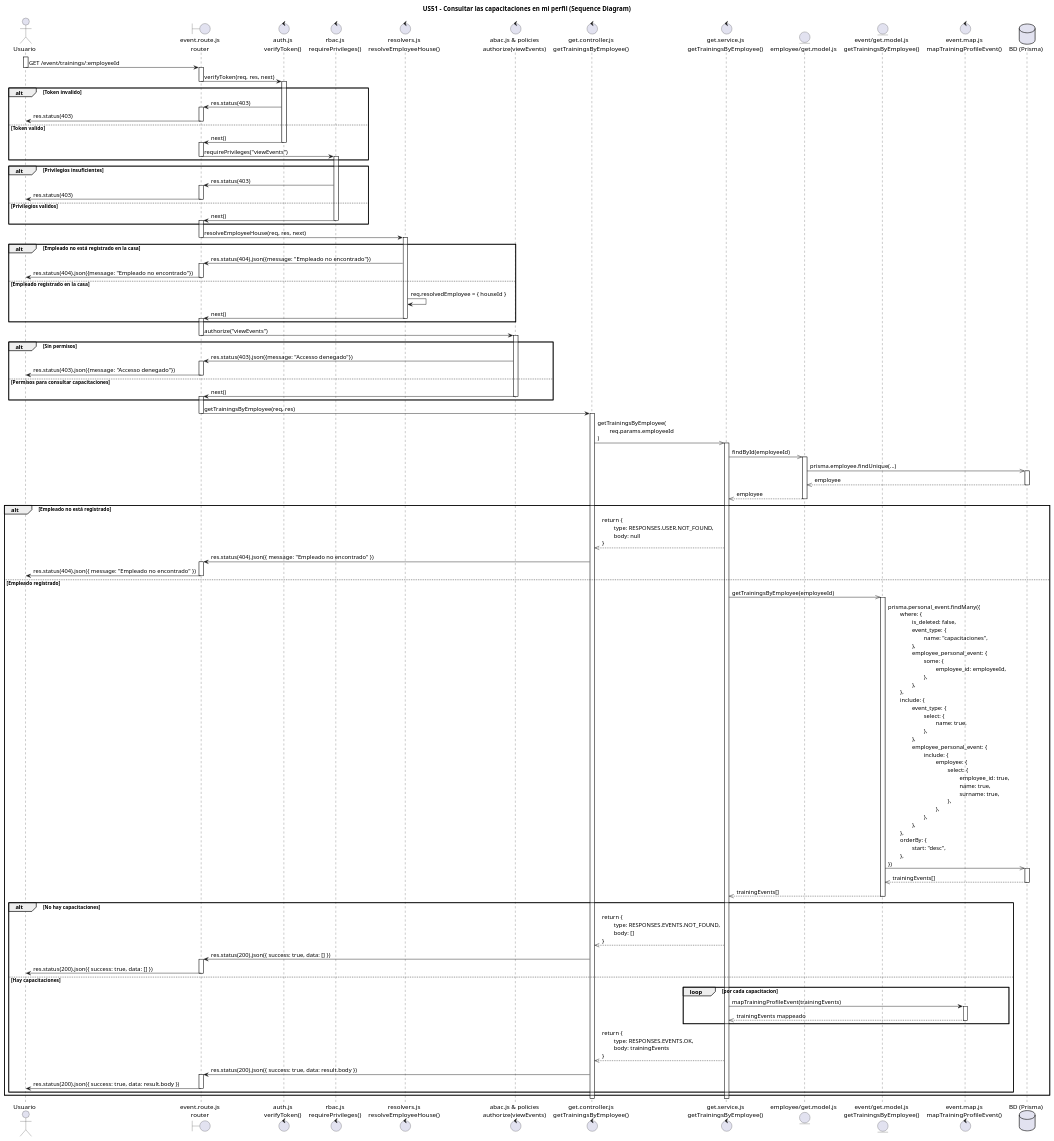
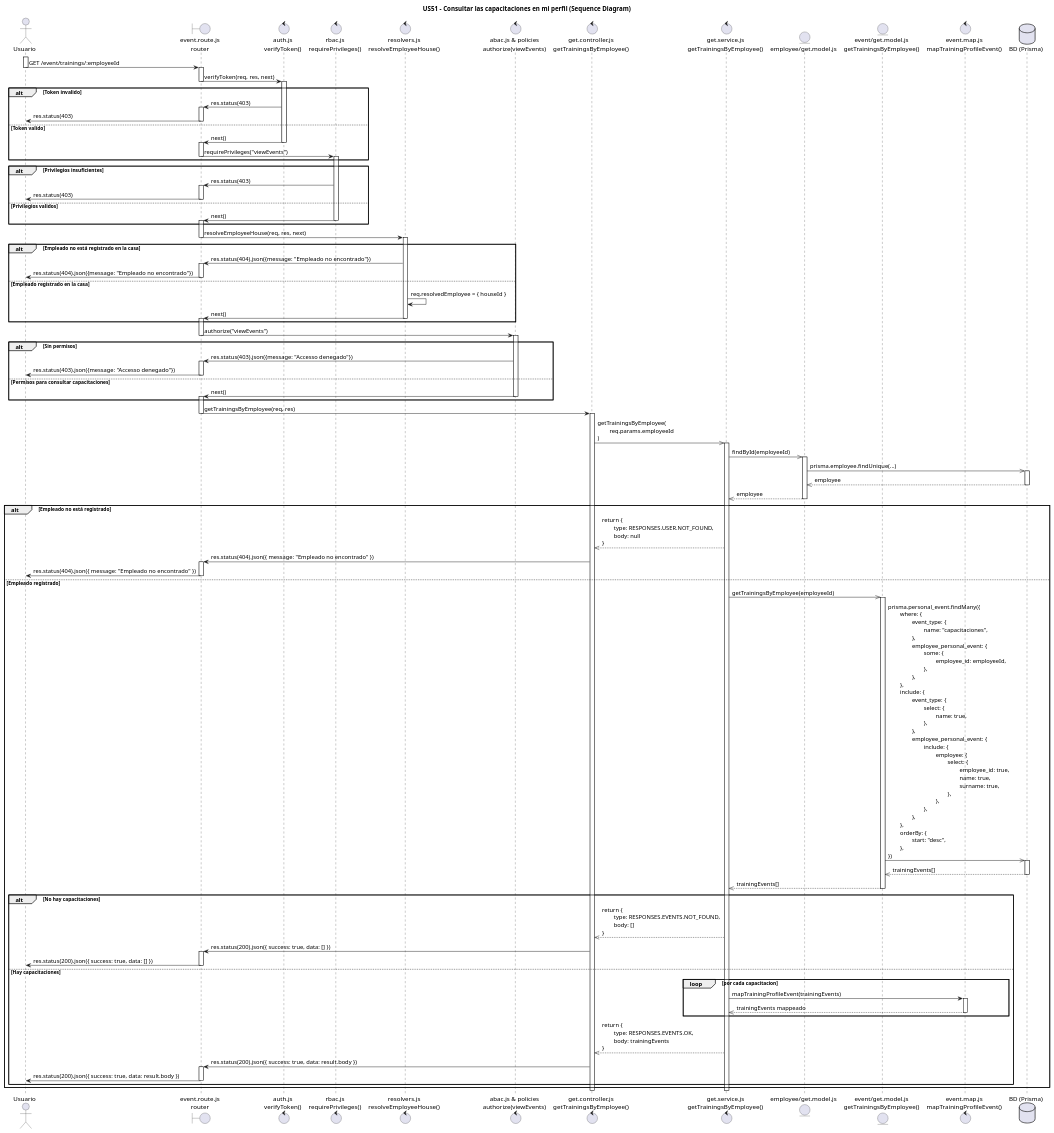
The diagram in diagrams/Sequence diagram/US51.puml (AztlanConsulting/RCHQ-Back), drawn with PlantUML before and after one commit. The commit also changed 1 other file, not shown here.

Commit message:
fix: actualiza diagramas para recuperar capacitaciones eliminadas también

```diff
--- a/diagrams/Sequence diagram/US51.puml
+++ b/diagrams/Sequence diagram/US51.puml
@@ -1,139 +1,139 @@
 @startuml
 title US51 - Consultar las capacitaciones en mi perfil (Sequence Diagram)
 
 actor Usuario
 boundary "event.route.js\nrouter" as Router
 control "auth.js\nverifyToken()" as Auth
 control "rbac.js\nrequirePrivileges()" as RBAC
 control "resolvers.js\nresolveEmployeeHouse()" as Resolver
 control "abac.js & policies\nauthorize(viewEvents)" as ABAC
 control "get.controller.js\ngetTrainingsByEmployee()" as Controller
 control "get.service.js\ngetTrainingsByEmployee()" as Service
 entity "employee/get.model.js" as EmployeeModel
 entity "event/get.model.js\ngetTrainingsByEmployee()" as EventModel
 control "event.map.js\nmapTrainingProfileEvent()" as Mapper
 database "BD (Prisma)" as BD
 
 activate Usuario
 Usuario -> Router : GET /event/trainings/:employeeId
 deactivate Usuario
 
 activate Router
 Router -> Auth : verifyToken(req, res, next)
 deactivate Router
 
 activate Auth
 alt Token invalido
     Auth -> Router : res.status(403)
     activate Router
     Router -> Usuario : res.status(403)
     deactivate Router
 else Token valido
     Auth -> Router : next()
     deactivate Auth
     activate Router
     Router -> RBAC : requirePrivileges("viewEvents")
     deactivate Router
     activate RBAC
 end
 alt Privilegios insuficientes
     RBAC -> Router : res.status(403)
     activate Router
     Router -> Usuario : res.status(403)
     deactivate Router
 else Privilegios validos
     RBAC -> Router : next()
     deactivate RBAC
     activate Router
 end
 
 Router -> Resolver : resolveEmployeeHouse(req, res, next)
 deactivate Router
 activate Resolver
 
 alt Empleado no está registrado en la casa
     Resolver -> Router : res.status(404).json({message: "Empleado no encontrado"})
     activate Router
     Router -> Usuario : res.status(404).json({message: "Empleado no encontrado"})
     deactivate Router
 else Empleado registrado en la casa
     Resolver -> Resolver : req.resolvedEmployee = { houseId }
     Resolver -> Router : next()
     deactivate Resolver
     activate Router
 end
 
 Router -> ABAC : authorize("viewEvents")
 deactivate Router
 activate ABAC
 
 alt Sin permisos
     ABAC -> Router : res.status(403).json({message: "Accesso denegado"})
     activate Router
     Router -> Usuario : res.status(403).json({message: "Accesso denegado"})
     deactivate Router
 else Permisos para consultar capacitaciones
     ABAC -> Router : next()
     deactivate ABAC
     activate Router
 end
 
 Router -> Controller : getTrainingsByEmployee(req, res)
 deactivate Router
 activate Controller
 
 Controller ->> Service : getTrainingsByEmployee(\n\treq.params.employeeId\n)
 activate Service
 
 Service ->> EmployeeModel : findById(employeeId)
 activate EmployeeModel
 EmployeeModel ->> BD : prisma.employee.findUnique(...)
 activate BD
 BD -->> EmployeeModel : employee
 deactivate BD
 EmployeeModel -->> Service : employee
 deactivate EmployeeModel
 
 alt Empleado no está registrado
     Service -->> Controller : return { \n\ttype: RESPONSES.USER.NOT_FOUND, \n\tbody: null \n}
     Controller -> Router : res.status(404).json({ message: "Empleado no encontrado" })
     activate Router
     Router -> Usuario : res.status(404).json({ message: "Empleado no encontrado" })
     deactivate Router
 else Empleado registrado
     Service ->> EventModel :getTrainingsByEmployee(employeeId)
     activate EventModel
-    EventModel ->> BD : prisma.personal_event.findMany({\n\twhere: {\n\t\tis_deleted: false,\n\t\tevent_type: {\n\t\t\tname: "capacitaciones",\n\t\t},\n\t\temployee_personal_event: {\n\t\t\tsome: {\n\t\t\t\temployee_id: employeeId,\n\t\t\t},\n\t\t},\n\t},\n\tinclude: {\n\t\tevent_type: {\n\t\t\tselect: {\n\t\t\t\tname: true,\n\t\t\t},\n\t\t},\n\t\temployee_personal_event: {\n\t\t\tinclude: {\n\t\t\t\temployee: {\n\t\t\t\t\tselect: {\n\t\t\t\t\t\temployee_id: true,\n\t\t\t\t\t\tname: true,\n\t\t\t\t\t\tsurname: true,\n\t\t\t\t\t},\n\t\t\t\t},\n\t\t\t},\n\t\t},\n\t},\n\torderBy: {\n\t\tstart: "desc",\n\t},\n})
+    EventModel ->> BD : prisma.personal_event.findMany({\n\twhere: {\n\t\tevent_type: {\n\t\t\tname: "capacitaciones",\n\t\t},\n\t\temployee_personal_event: {\n\t\t\tsome: {\n\t\t\t\temployee_id: employeeId,\n\t\t\t},\n\t\t},\n\t},\n\tinclude: {\n\t\tevent_type: {\n\t\t\tselect: {\n\t\t\t\tname: true,\n\t\t\t},\n\t\t},\n\t\temployee_personal_event: {\n\t\t\tinclude: {\n\t\t\t\temployee: {\n\t\t\t\t\tselect: {\n\t\t\t\t\t\temployee_id: true,\n\t\t\t\t\t\tname: true,\n\t\t\t\t\t\tsurname: true,\n\t\t\t\t\t},\n\t\t\t\t},\n\t\t\t},\n\t\t},\n\t},\n\torderBy: {\n\t\tstart: "desc",\n\t},\n})
     activate BD
     BD -->> EventModel : trainingEvents[]
     deactivate BD
     EventModel -->> Service : trainingEvents[]
     deactivate EventModel
 
     alt No hay capacitaciones
         Service -->> Controller : return { \n\ttype: RESPONSES.EVENTS.NOT_FOUND, \n\tbody: [] \n}
         Controller -> Router : res.status(200).json({ success: true, data: [] })
         activate Router
         Router -> Usuario : res.status(200).json({ success: true, data: [] })
         deactivate Router
     else Hay capacitaciones
         loop por cada capacitacion
             Service -> Mapper : mapTrainingProfileEvent(trainingEvents)
             activate Mapper
             Mapper -->> Service : trainingEvents mappeado
             deactivate Mapper
         end
 
         Service -->> Controller : return { \n\ttype: RESPONSES.EVENTS.OK, \n\tbody: trainingEvents \n}
         Controller -> Router : res.status(200).json({ success: true, data: result.body })
         activate Router
         Router -> Usuario : res.status(200).json({ success: true, data: result.body })
         deactivate Router
     end
 end
 
 deactivate Service
 
 deactivate Controller
 
 @enduml
```
